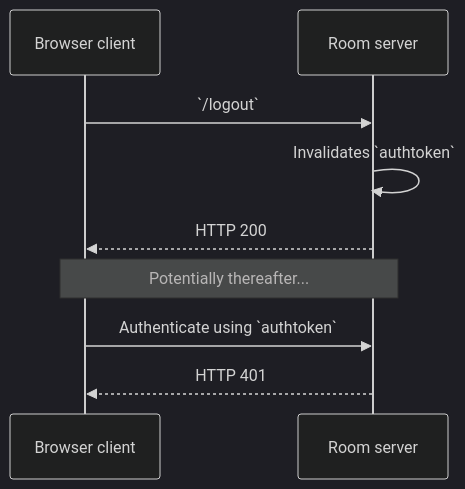
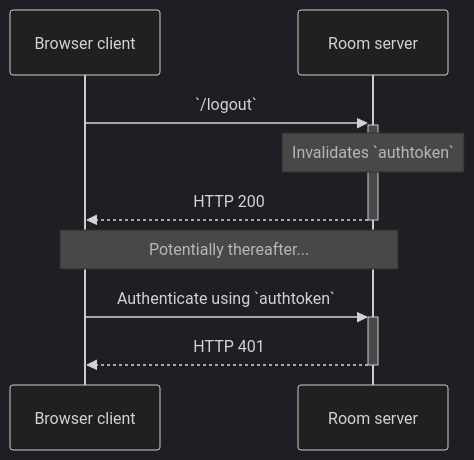
One commit to ssbc/rooms2 changed the sixth of 6 diagrams in docs/Setup/Sign-in with SSB.md. Above: the diagram before and after it, drawn with Mermaid (dark theme). The commit also changed other lines of this file and 5 other files, not shown here.

````diff
--- a/docs/Setup/Sign-in with SSB.md
+++ b/docs/Setup/Sign-in with SSB.md
@@ -78,12 +181,12 @@
 ```mermaid
 sequenceDiagram
   participant Uweb as Browser client
   participant R as Room server
 
-  Uweb->>R: `/logout`
-  R->>R: Invalidates `authtoken`
-  R-->>Uweb: HTTP 200
+  Uweb->>+R: `/logout`
+  Note over R: Invalidates `authtoken`
+  R-->>-Uweb: HTTP 200
   Note over Uweb,R: Potentially thereafter...
-  Uweb->>R: Authenticate using `authtoken`
-  R-->>Uweb: HTTP 401
+  Uweb->>+R: Authenticate using `authtoken`
+  R-->>-Uweb: HTTP 401
 ```
````
